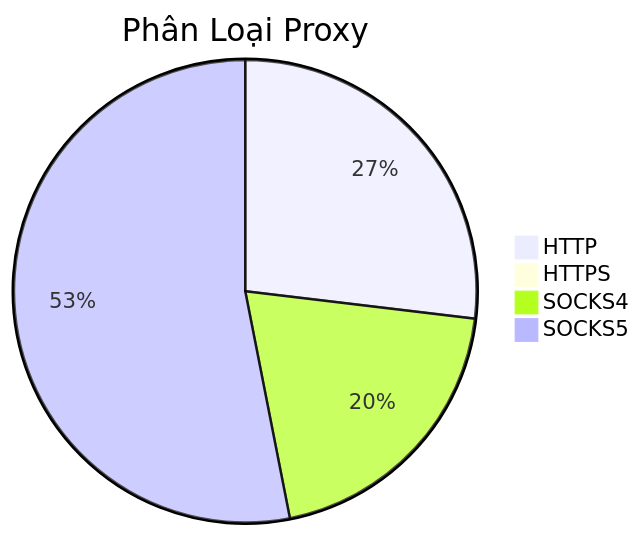
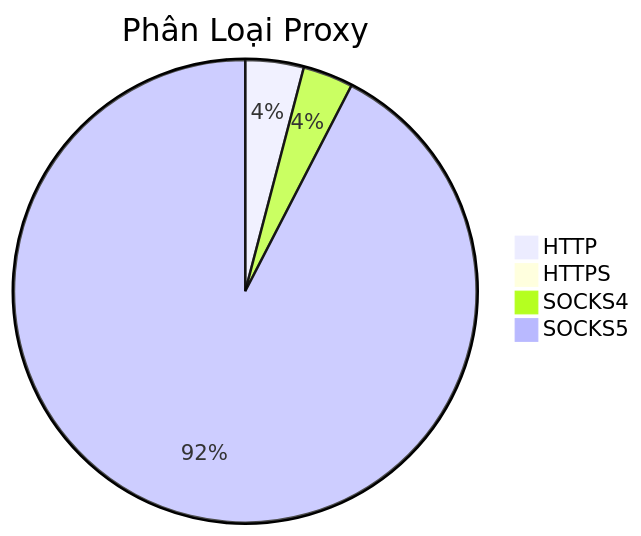
Before and after one commit to Ciara-Aa/PROXY-free: the diagram in README.md, drawn with Mermaid. The commit also changed other lines of this file and 4 other files, not shown here.

````diff
--- a/README.md
+++ b/README.md
@@ -26,7 +26,7 @@
 ```mermaid
 pie title Phân Loại Proxy
-    "HTTP" : 352
-    "HTTPS" : 2
-    "SOCKS4" : 262
-    "SOCKS5" : 695
+    "HTTP" : 297
+    "HTTPS" : 4
+    "SOCKS4" : 256
+    "SOCKS5" : 6735
 ```
````
